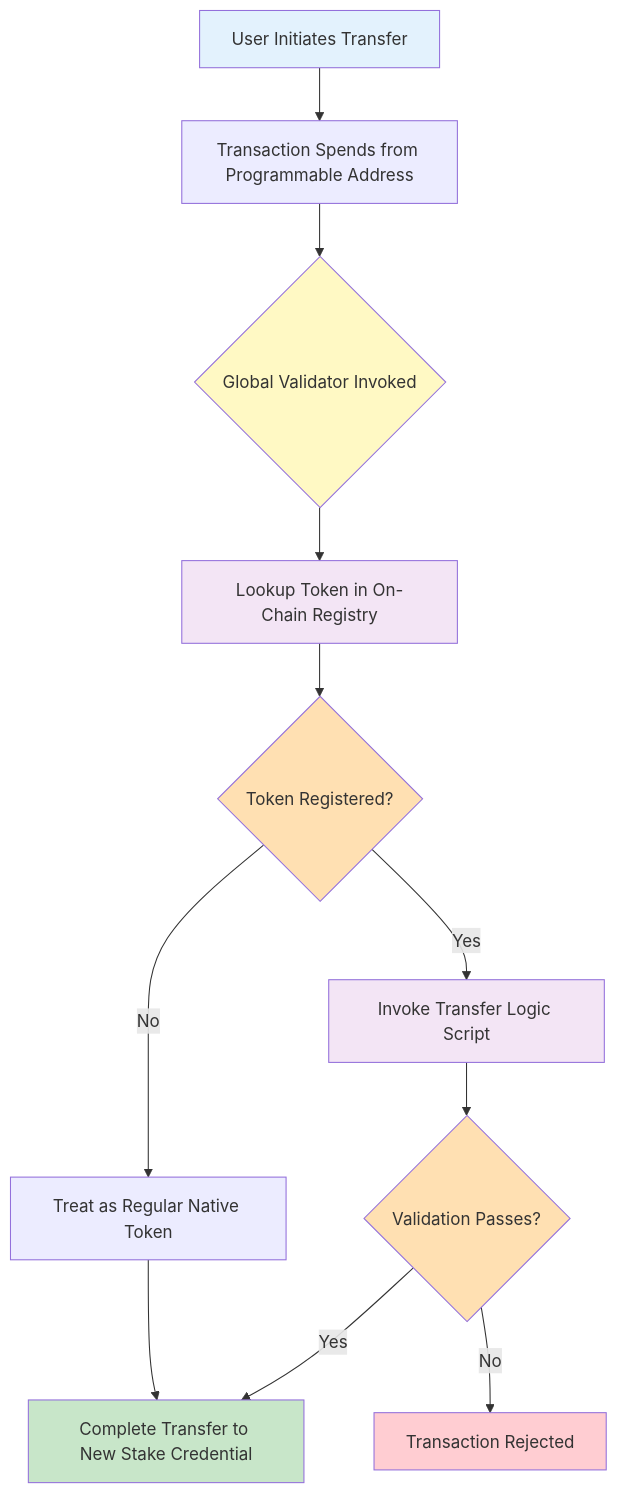
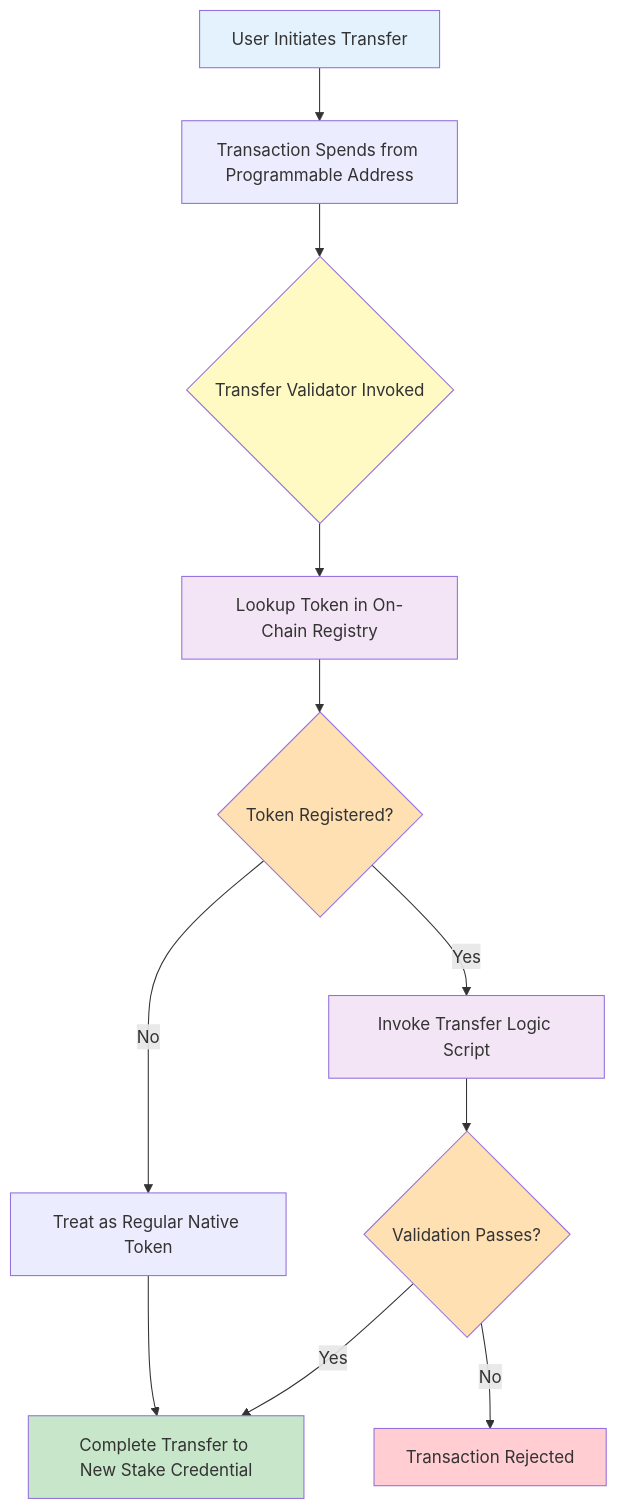
Before and after one commit to cardano-foundation/cip113-programmable-tokens: the diagram in documentation/01-INTRODUCTION.md, drawn with Mermaid. The commit also changed other lines of this file and 4 other files, not shown here.

````diff
--- a/documentation/01-INTRODUCTION.md
+++ b/documentation/01-INTRODUCTION.md
@@ -127,22 +127,22 @@
 ```mermaid
 graph TB
     A[User Initiates Transfer] --> B[Transaction Spends from Programmable Address]
-    B --> C{Global Validator Invoked}
+    B --> C{Transfer Validator Invoked}
     C --> D[Lookup Token in On-Chain Registry]
     D --> E{Token Registered?}
     E -->|Yes| F[Invoke Transfer Logic Script]
     E -->|No| G[Treat as Regular Native Token]
     F --> H{Validation Passes?}
     H -->|Yes| I[Complete Transfer to New Stake Credential]
     H -->|No| J[Transaction Rejected]
     G --> I
 
     style A fill:#e3f2fd
     style C fill:#fff9c4
     style D fill:#f3e5f5
     style E fill:#ffe0b2
     style F fill:#f3e5f5
     style H fill:#ffe0b2
     style I fill:#c8e6c9
     style J fill:#ffcdd2
 ```
````
